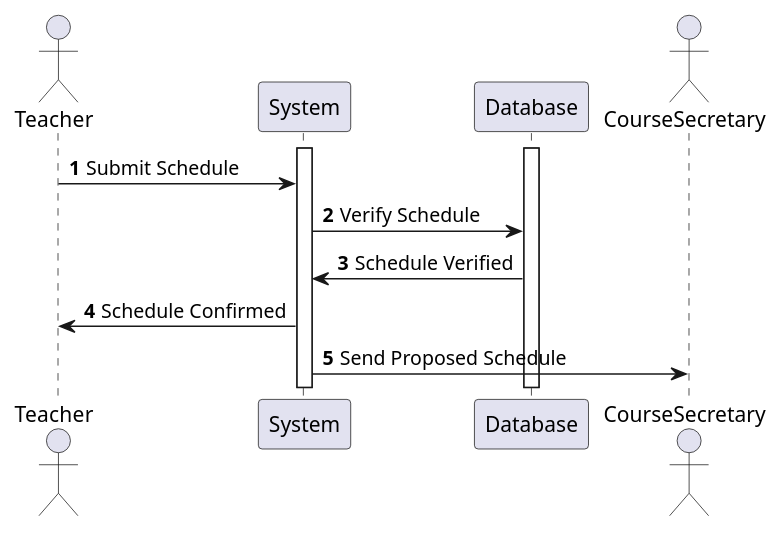
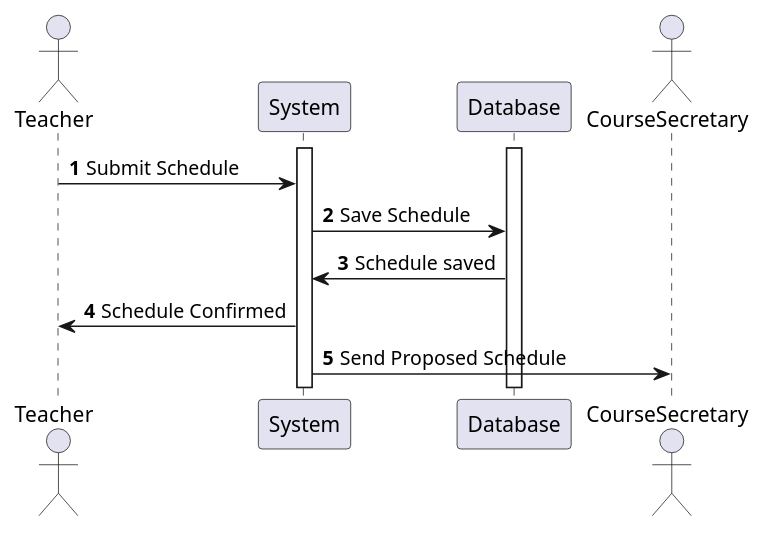
Before and after one commit to frejabauch/Systemudvikling_FSIS: the diagram in SSD.puml, drawn with PlantUML. The commit also changed 1 other file, not shown here.

```diff
--- a/SSD.puml
+++ b/SSD.puml
@@ -1,47 +1,47 @@
 @startuml Propose schedule
 
 ' autonumber
 ' actor Teacher
 ' Teacher -> System: Login
 
 ' activate System
 ' activate Database
 
 ' System -> Database: Verificer bruger
 ' alt succesfuldt login
 '     Database --> System: Bruger ok
 '     System -> Teacher: Menu
 
 ' else Bruger ikke fundet
 '     Database --> System: Invalid bruger
 '     System -> Teacher: Log ud
 
 ' end
 
 ' Teacher -> System:request course schedule change
 ' activate HR
 ' System -> HR: Request to HR
 ' HR -> System:Answer that request is received
 ' System->Teacher:Show new message in inbox
 
 autonumber
 actor Teacher
 activate System
 activate Database
 actor CourseSecretary
 Teacher -> System: Submit Schedule
-System -> Database: Verify Schedule
+System -> Database: Save Schedule
 ' alt Schedule Confirmed
 '     System <-- Database: Schedule Verified
 '     Teacher <-- System: Schedule Confirmed
 
 ' else Not Enough Timeslots
 '     System <-- Database: Insufficient Timeslots
 '     Teacher <- System: Schedule Rejected
 ' end
-Database -> System: Schedule Verified
+Database -> System: Schedule saved
 System -> Teacher: Schedule Confirmed
 
 System -> CourseSecretary: Send Proposed Schedule
 
 @enduml
```
